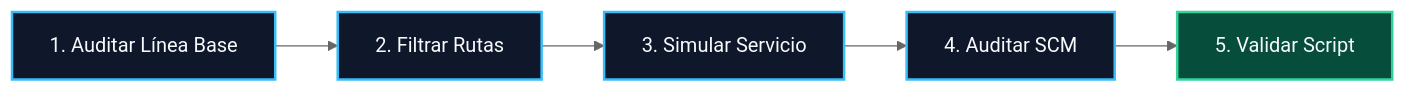
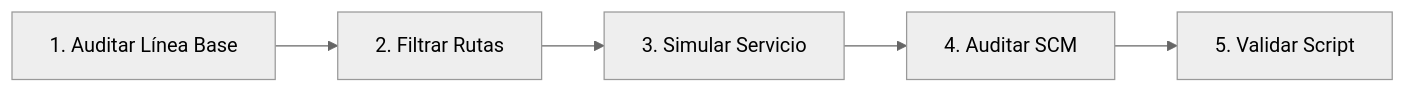
Before and after one commit to purpesec/Cybersecurity-For-Beginners: the diagram in malware-analysis/02-procesos-servicios-y-cuentas/lab/README.md, drawn with Mermaid (neutral theme). The commit also changed 4 other files, not shown here.

Commit message:
style: remover classDef y colores personalizados para usar estilo nativo estandar de Mermaid

````diff
--- a/malware-analysis/02-procesos-servicios-y-cuentas/lab/README.md
+++ b/malware-analysis/02-procesos-servicios-y-cuentas/lab/README.md
@@ -21,7 +21,4 @@
 ```mermaid
 flowchart LR
-    classDef step fill:#0f172a,stroke:#38bdf8,stroke-width:2px,color:#f8fafc;
-    classDef check fill:#064e3b,stroke:#34d399,stroke-width:2px,color:#f8fafc;
-
-    S1["1. Auditar Línea Base"]:::step --> S2["2. Filtrar Rutas"]:::step --> S3["3. Simular Servicio"]:::step --> S4["4. Auditar SCM"]:::step --> S5["5. Validar Script"]:::check
+    S1["1. Auditar Línea Base"] --> S2["2. Filtrar Rutas"] --> S3["3. Simular Servicio"] --> S4["4. Auditar SCM"] --> S5["5. Validar Script"]
 ```
````
